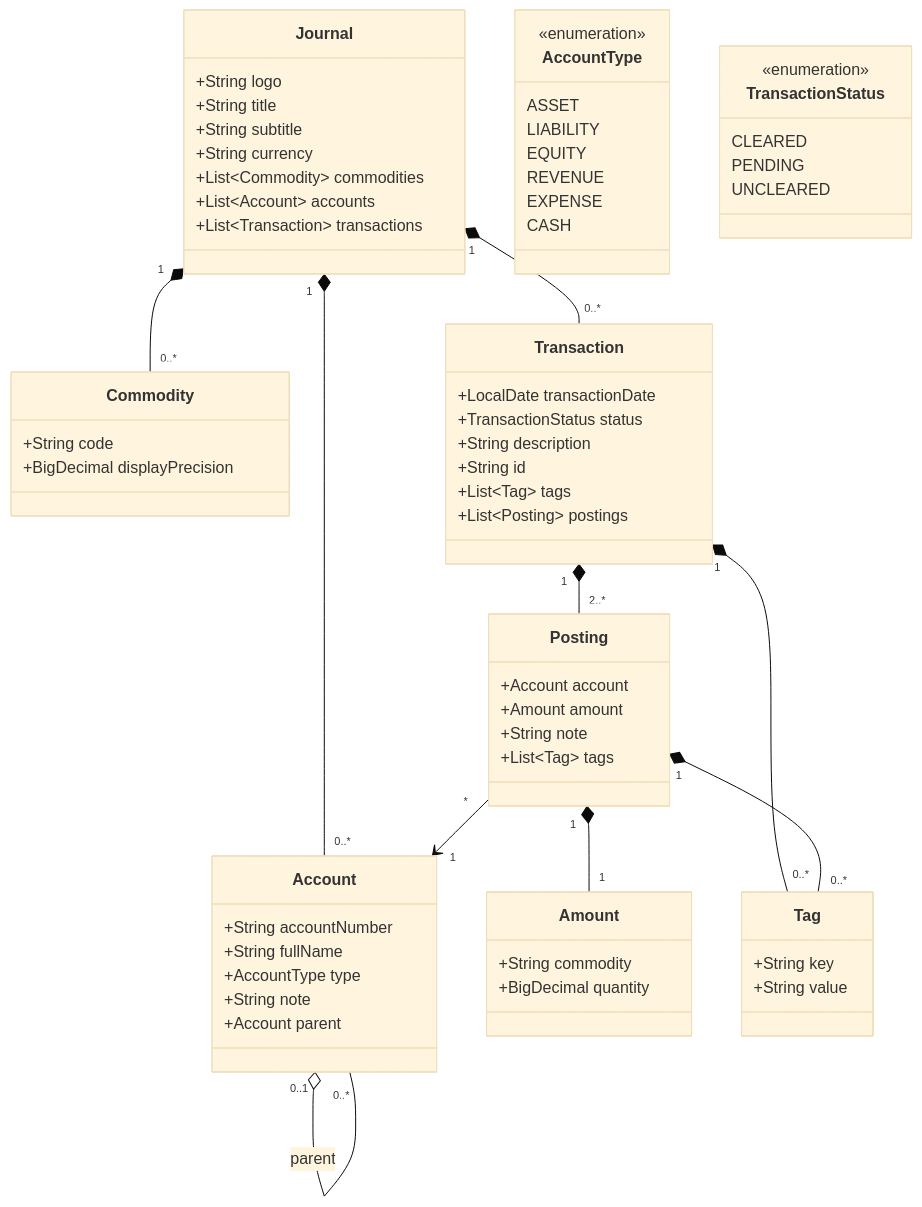
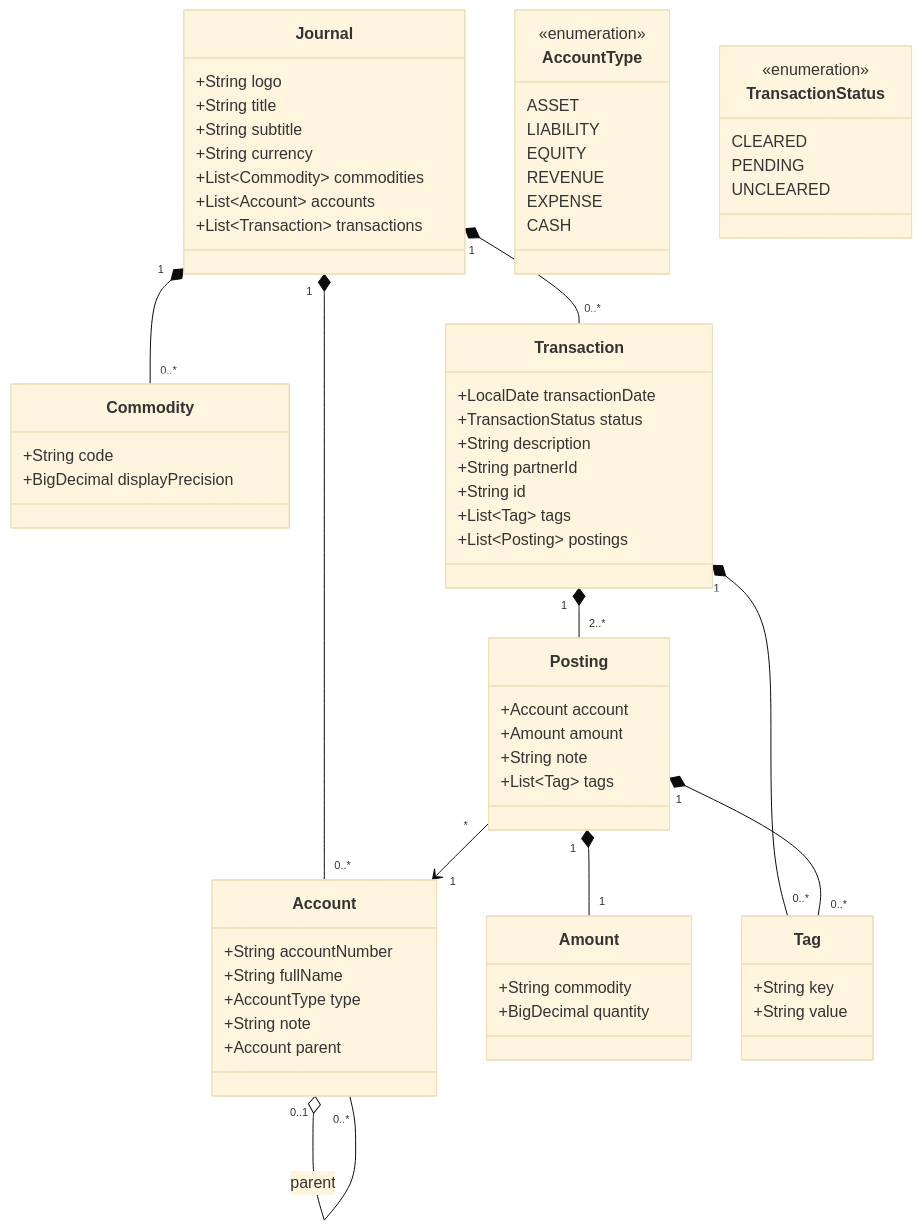
The second of 2 diagrams in docs/DATA_MODEL.md (abstratium-dev/abstraccount), drawn with Mermaid (base theme) before and after one commit. The commit also changed other lines of this file and 24 other files, not shown here.

````diff
--- a/docs/DATA_MODEL.md
+++ b/docs/DATA_MODEL.md
@@ -170,78 +172,79 @@
 ```mermaid
 classDiagram
     class Journal {
         +String logo
         +String title
         +String subtitle
         +String currency
         +List~Commodity~ commodities
         +List~Account~ accounts
         +List~Transaction~ transactions
     }
     
     class Commodity {
         +String code
         +BigDecimal displayPrecision
     }
     
     class Account {
         +String accountNumber
         +String fullName
         +AccountType type
         +String note
         +Account parent
     }
     
     class AccountType {
         <<enumeration>>
         ASSET
         LIABILITY
         EQUITY
         REVENUE
         EXPENSE
         CASH
     }
     
     class Transaction {
         +LocalDate transactionDate
         +TransactionStatus status
         +String description
+        +String partnerId
         +String id
         +List~Tag~ tags
         +List~Posting~ postings
     }
     
     class TransactionStatus {
         <<enumeration>>
         CLEARED
         PENDING
         UNCLEARED
     }
     
     class Posting {
         +Account account
         +Amount amount
         +String note
         +List~Tag~ tags
     }
     
     class Amount {
         +String commodity
         +BigDecimal quantity
     }
     
     class Tag {
         +String key
         +String value
     }
     
     Journal "1" *-- "0..*" Commodity
     Journal "1" *-- "0..*" Account
     Journal "1" *-- "0..*" Transaction
     Account "0..1" o-- "0..*" Account : parent
     Transaction "1" *-- "2..*" Posting
     Transaction "1" *-- "0..*" Tag
     Posting "1" *-- "1" Amount
     Posting "*" --> "1" Account
     Posting "1" *-- "0..*" Tag
 ```
````
